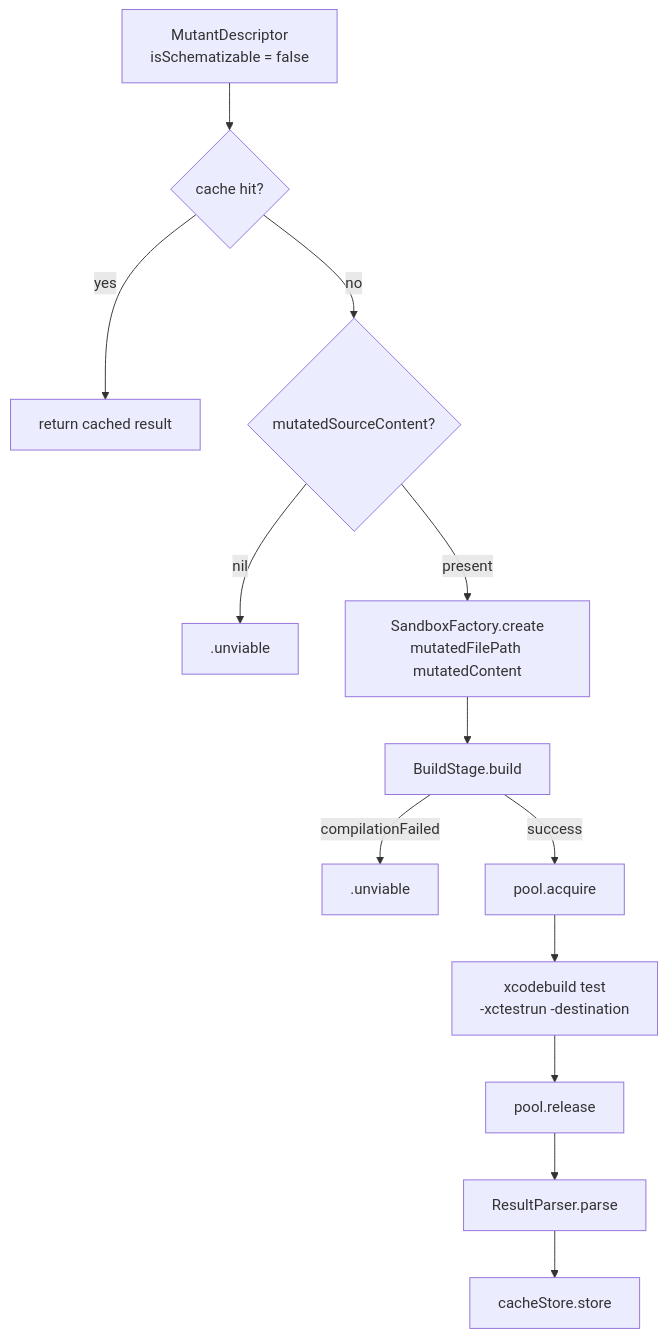
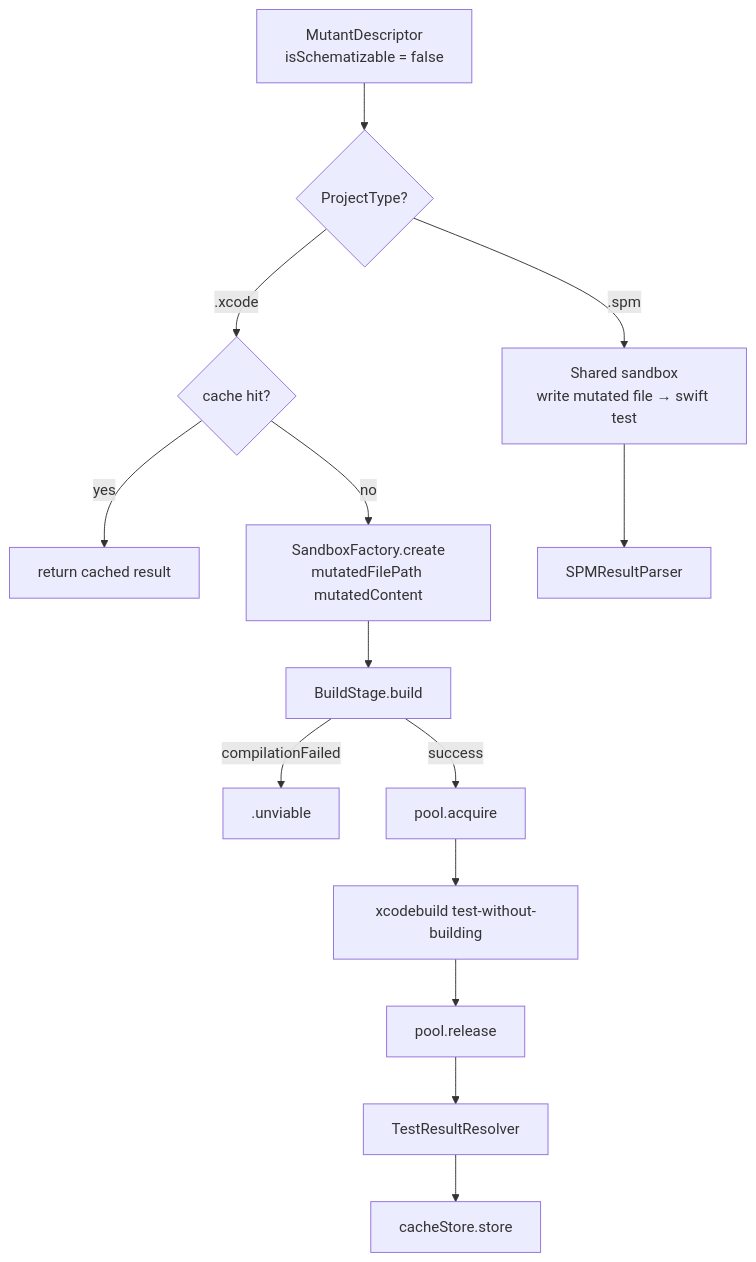
Before and after one commit to ericodx/swift-mutation-testing: the fourth of 4 diagrams in Docs/CodeBase/07-execution.md, drawn with Mermaid. The commit also changed other lines of this file and 8 other files, not shown here.

````diff
--- a/Docs/CodeBase/07-execution.md
+++ b/Docs/CodeBase/07-execution.md
@@ -170,15 +193,16 @@
 ```mermaid
 flowchart TD
-    MUTANT[MutantDescriptor\nisSchematizable = false] --> CACHE{cache hit?}
+    MUTANT[MutantDescriptor\nisSchematizable = false] --> PT{ProjectType?}
+    PT -- .xcode --> CACHE{cache hit?}
     CACHE -- yes --> CACHED[return cached result]
-    CACHE -- no --> CONTENT{mutatedSourceContent?}
-    CONTENT -- nil --> UNVIABLE[.unviable]
-    CONTENT -- present --> SF[SandboxFactory.create\nmutatedFilePath mutatedContent]
+    CACHE -- no --> SF[SandboxFactory.create\nmutatedFilePath mutatedContent]
     SF --> BS[BuildStage.build]
-    BS -- compilationFailed --> UNVIABLE2[.unviable]
+    BS -- compilationFailed --> UNVIABLE[.unviable]
     BS -- success --> SLOT[pool.acquire]
-    SLOT --> LAUNCH[xcodebuild test\n-xctestrun -destination]
+    SLOT --> LAUNCH[xcodebuild test-without-building]
     LAUNCH --> RELEASE[pool.release]
-    RELEASE --> PARSE[ResultParser.parse]
+    RELEASE --> PARSE[TestResultResolver]
     PARSE --> STORE[cacheStore.store]
+    PT -- .spm --> SPM[Shared sandbox\nwrite mutated file → swift test]
+    SPM --> SPMPARSE[SPMResultParser]
 ```
````
